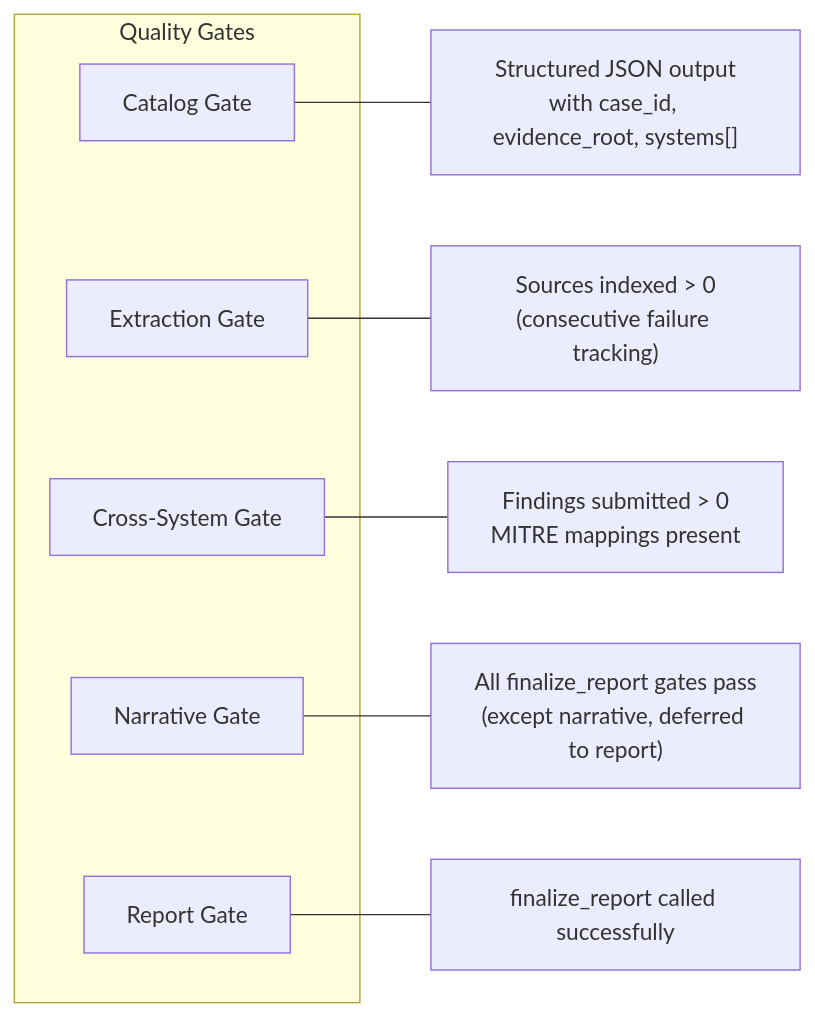
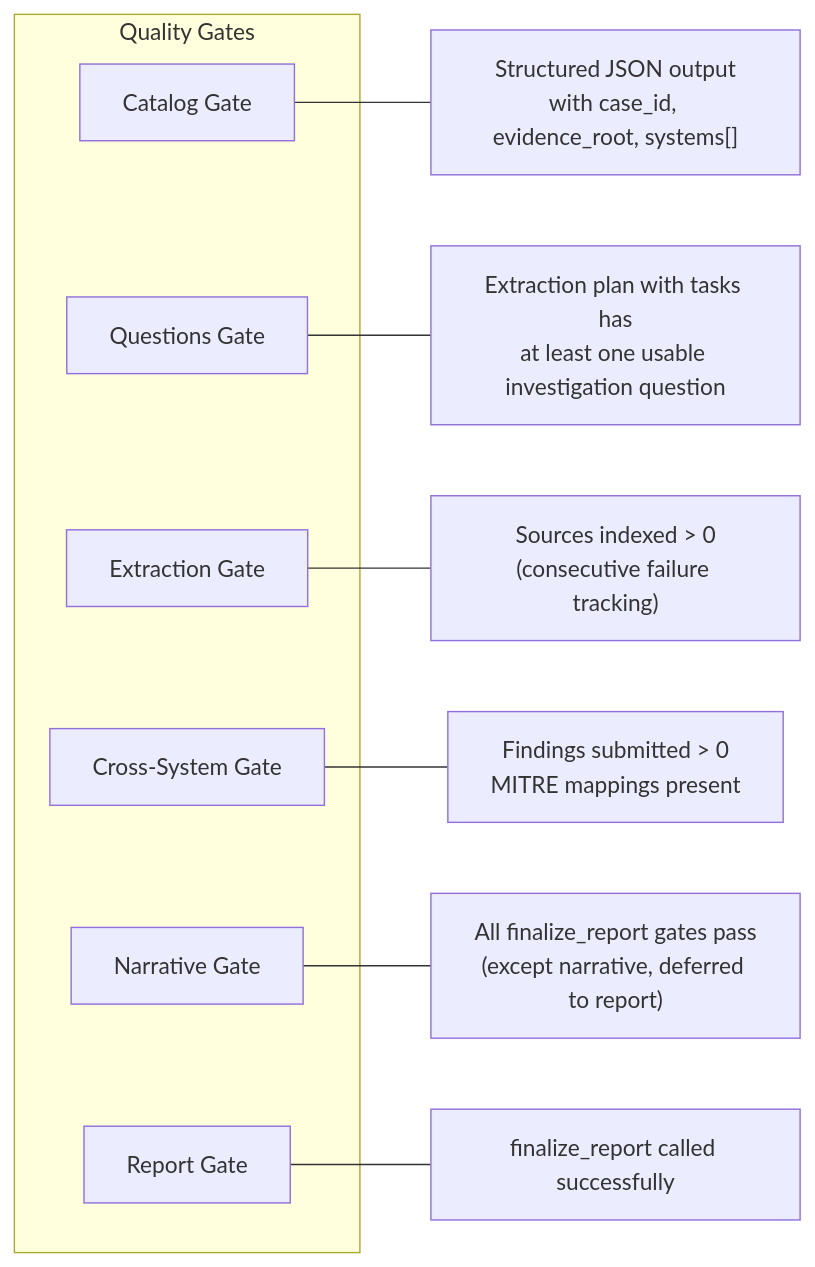
One commit to calebevans/mulder changed the fourth of 6 diagrams in docs/architecture.md. Above: the diagram before and after it, drawn with Mermaid. The commit also changed other lines of this file and 11 other files, not shown here.

First line of the commit message:
feat(orchestrator): one analyst session per question is the only extraction analyst mode

````diff
--- a/docs/architecture.md
+++ b/docs/architecture.md
@@ -263,16 +270,18 @@
 ```mermaid
 flowchart LR
     subgraph gates [Quality Gates]
         catalogGate["Catalog Gate"]
+        questionsGate["Questions Gate"]
         extractionGate["Extraction Gate"]
         crossSystemGate["Cross-System Gate"]
         narrativeGate["Narrative Gate"]
         reportGate["Report Gate"]
     end
 
     catalogGate --- catalogChecks["Structured JSON output\nwith case_id, evidence_root, systems[]"]
+    questionsGate --- questionsChecks["Extraction plan with tasks has\nat least one usable investigation question"]
     extractionGate --- extractionChecks["Sources indexed > 0\n(consecutive failure tracking)"]
     crossSystemGate --- crossChecks["Findings submitted > 0\nMITRE mappings present"]
     narrativeGate --- narrativeChecks["All finalize_report gates pass\n(except narrative, deferred to report)"]
     reportGate --- reportChecks["finalize_report called successfully"]
 ```
````
